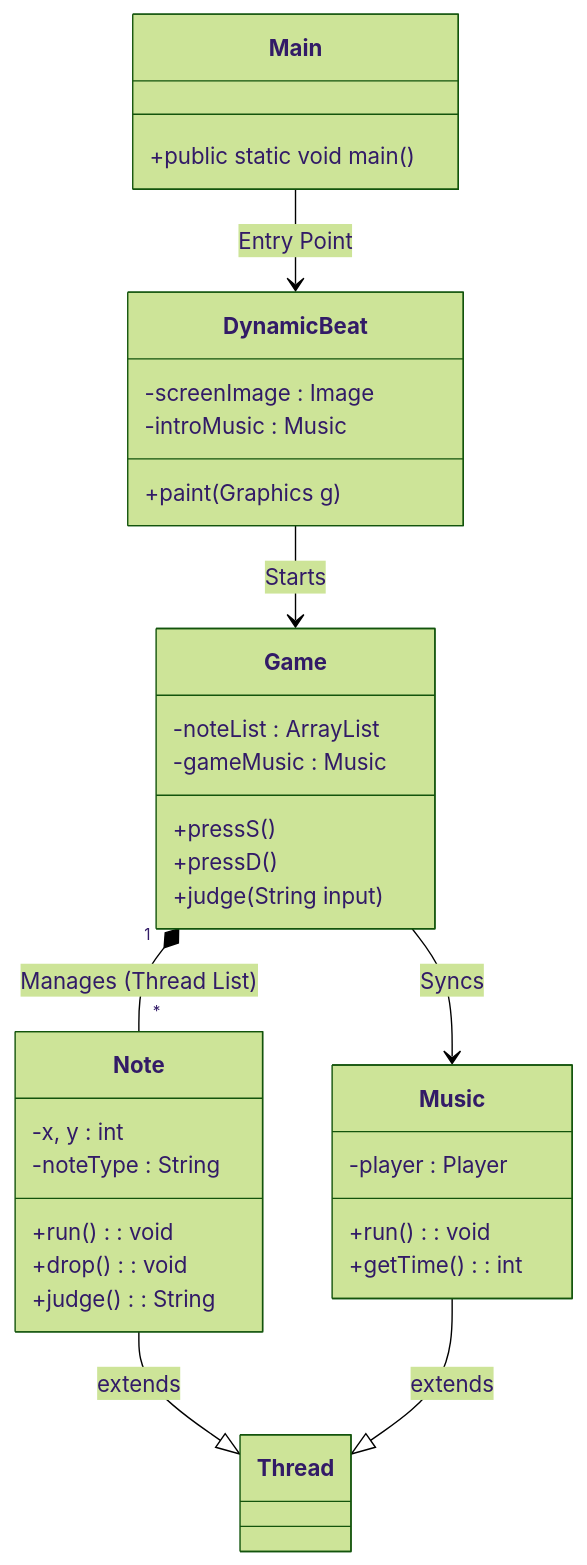
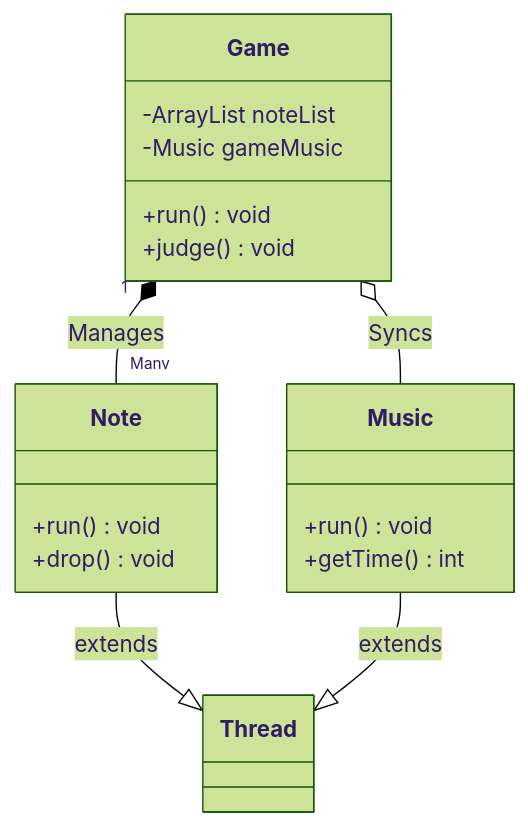
Before and after one commit to geeunii/Personal_Project: the diagram in README.md, drawn with Mermaid (forest theme). The commit also changed other lines of this file, not shown here.

````diff
--- a/README.md
+++ b/README.md
@@ -61,38 +58,23 @@
 ```mermaid
 classDiagram
-    class Main {
-        +public static void main()
-    }
-    class DynamicBeat {
-        -screenImage : Image
-        -introMusic : Music
-        +paint(Graphics g)
-    }
     class Game {
-        -noteList : ArrayList<Note>
-        -gameMusic : Music
-        +pressS()
-        +pressD()
-        +judge(String input)
+        -ArrayList<Note> noteList
+        -Music gameMusic
+        +run() void
+        +judge() void
     }
     class Note {
-        -x, y : int
-        -noteType : String
-        +run() : void
-        +drop() : void
-        +judge() : String
+        +run() void
+        +drop() void
     }
     class Music {
-        -player : Player
-        +run() : void
-        +getTime() : int
+        +run() void
+        +getTime() int
     }
     
-    Main --> DynamicBeat : Entry Point
-    DynamicBeat --> Game : Starts
-    Game "1" *-- "*" Note : Manages (Thread List)
-    Game --> Music : Syncs
+    Game "1" *-- "Many" Note : Manages
+    Game o-- Music : Syncs
     Note --|> Thread : extends
     Music --|> Thread : extends
 
 ```
````
